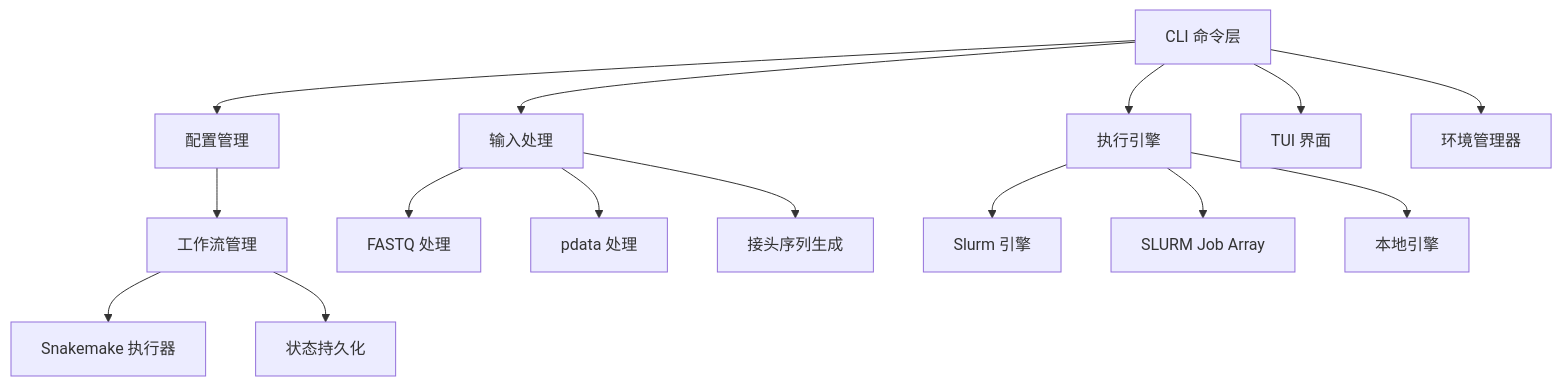
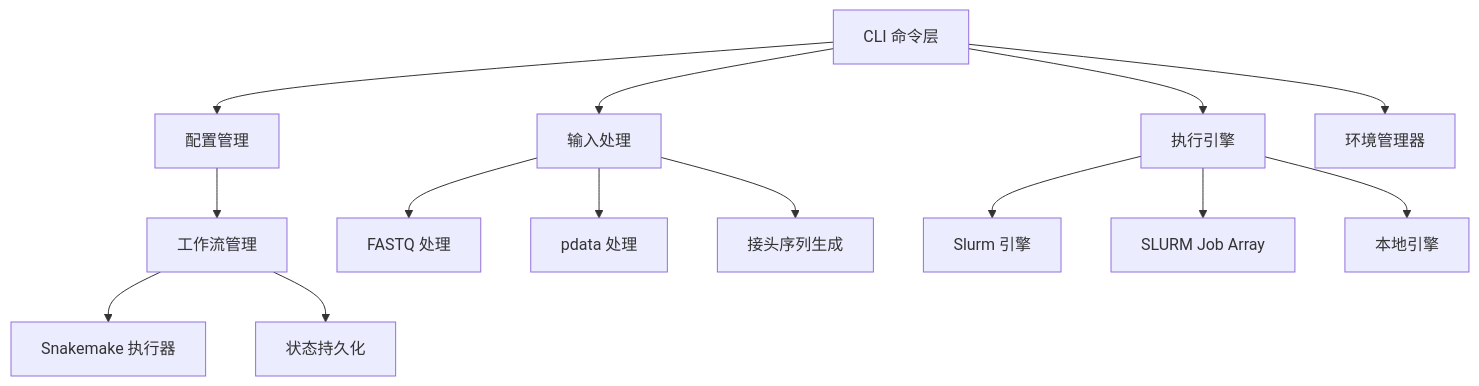
One commit to rainoffallingstar/otter-release changed the second of 2 diagrams in docs/architecture.md. Above: the diagram before and after it, drawn with Mermaid. The commit also changed 23 other files, not shown here.

Commit message:
feat: harden release readiness flow

````diff
--- a/docs/architecture.md
+++ b/docs/architecture.md
@@ -143,21 +143,20 @@
 ```mermaid
 graph TB
     CLI[CLI 命令层] --> Config[配置管理]
     CLI --> Input[输入处理]
     CLI --> Engine[执行引擎]
-    CLI --> TUI[TUI 界面]
 
     Config --> Workflow[工作流管理]
     Input --> FastQ[FASTQ 处理]
     Input --> PData[pdata 处理]
     Input --> Adapter[接头序列生成]
 
     Engine --> Slurm[Slurm 引擎]
     Engine --> SlurmArray[SLURM Job Array]
     Engine --> Local[本地引擎]
 
     Workflow --> Snakemake[Snakemake 执行器]
     Workflow --> State[状态持久化]
 
     CLI --> Enva[环境管理器]
 ```
````
